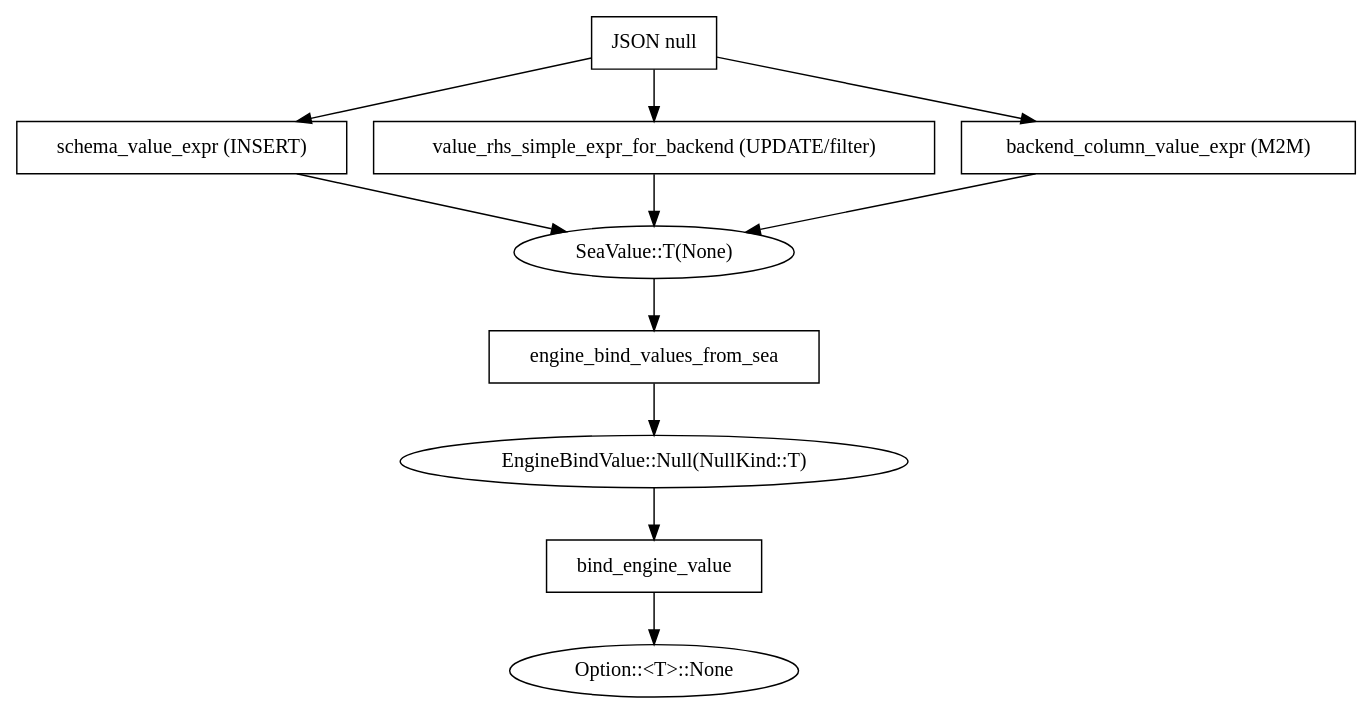
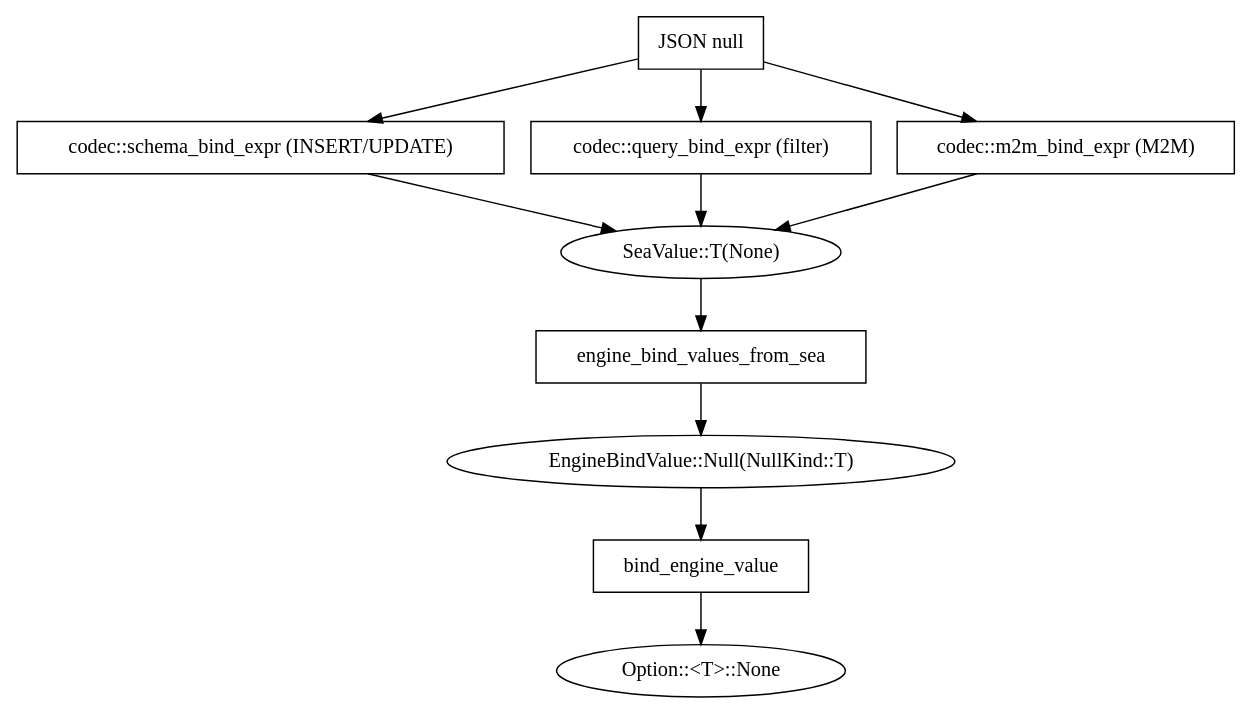
One commit to syn54x/ferro-orm changed the diagram in docs/solutions/patterns/typed-null-binds.md. Above: the diagram before and after it, drawn with Graphviz. The commit also changed other lines of this file and 75 other files, not shown here.

First line of the commit message:
feat: IR-first architecture program (Phases 0–7) (#116)

````diff
--- a/docs/solutions/patterns/typed-null-binds.md
+++ b/docs/solutions/patterns/typed-null-binds.md
@@ -41,24 +43,24 @@
 ```dot
 digraph typed_null_flow {
   "JSON null"        [shape=box];
-  "schema_value_expr (INSERT)"               [shape=box];
-  "value_rhs_simple_expr_for_backend (UPDATE/filter)"  [shape=box];
-  "backend_column_value_expr (M2M)"          [shape=box];
+  "codec::schema_bind_expr (INSERT/UPDATE)"  [shape=box];
+  "codec::query_bind_expr (filter)"          [shape=box];
+  "codec::m2m_bind_expr (M2M)"               [shape=box];
   "SeaValue::T(None)"                        [shape=oval];
   "engine_bind_values_from_sea"              [shape=box];
   "EngineBindValue::Null(NullKind::T)"       [shape=oval];
   "bind_engine_value"                        [shape=box];
   "Option::<T>::None"                        [shape=oval];
 
-  "JSON null" -> "schema_value_expr (INSERT)";
-  "JSON null" -> "value_rhs_simple_expr_for_backend (UPDATE/filter)";
-  "JSON null" -> "backend_column_value_expr (M2M)";
-  "schema_value_expr (INSERT)"                          -> "SeaValue::T(None)";
-  "value_rhs_simple_expr_for_backend (UPDATE/filter)"   -> "SeaValue::T(None)";
-  "backend_column_value_expr (M2M)"                     -> "SeaValue::T(None)";
+  "JSON null" -> "codec::schema_bind_expr (INSERT/UPDATE)";
+  "JSON null" -> "codec::query_bind_expr (filter)";
+  "JSON null" -> "codec::m2m_bind_expr (M2M)";
+  "codec::schema_bind_expr (INSERT/UPDATE)" -> "SeaValue::T(None)";
+  "codec::query_bind_expr (filter)" -> "SeaValue::T(None)";
+  "codec::m2m_bind_expr (M2M)" -> "SeaValue::T(None)";
   "SeaValue::T(None)" -> "engine_bind_values_from_sea";
   "engine_bind_values_from_sea" -> "EngineBindValue::Null(NullKind::T)";
   "EngineBindValue::Null(NullKind::T)" -> "bind_engine_value";
   "bind_engine_value" -> "Option::<T>::None";
 }
 ```
````
